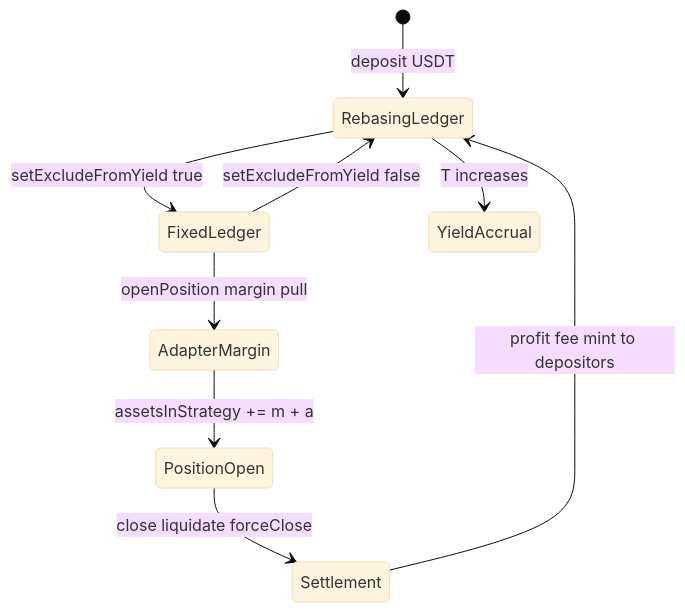
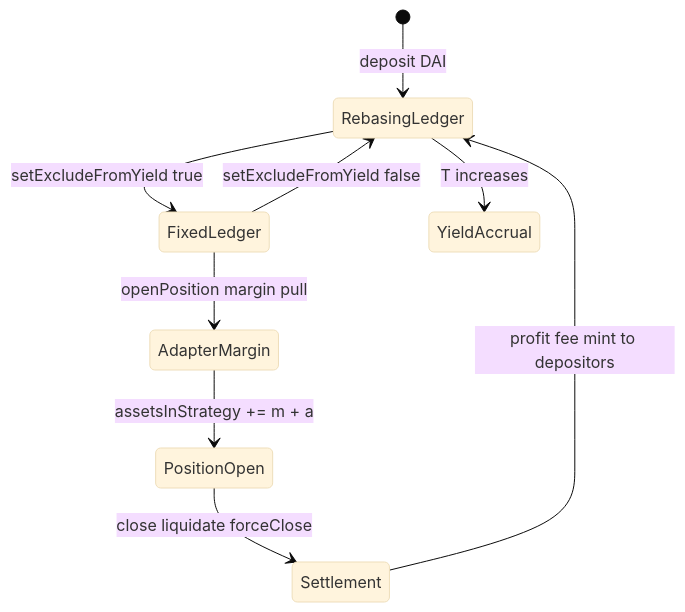
One commit to irislab-net/iris-docs changed the second of 3 diagrams in gitbook/whitepaper/01-abstract.md. Above: the diagram before and after it, drawn with Mermaid (base theme). The commit also changed other lines of this file and 26 other files, not shown here.

````diff
--- a/gitbook/whitepaper/01-abstract.md
+++ b/gitbook/whitepaper/01-abstract.md
@@ -93,11 +93,11 @@
 ```mermaid
 stateDiagram-v2
-  [*] --> RebasingLedger: deposit USDT
+  [*] --> RebasingLedger: deposit DAI
   RebasingLedger --> FixedLedger: setExcludeFromYield true
   FixedLedger --> RebasingLedger: setExcludeFromYield false
   RebasingLedger --> YieldAccrual: T increases
   FixedLedger --> AdapterMargin: openPosition margin pull
   AdapterMargin --> PositionOpen: assetsInStrategy += m + a
   PositionOpen --> Settlement: close liquidate forceClose
   Settlement --> RebasingLedger: profit fee mint to depositors
 ```
````
